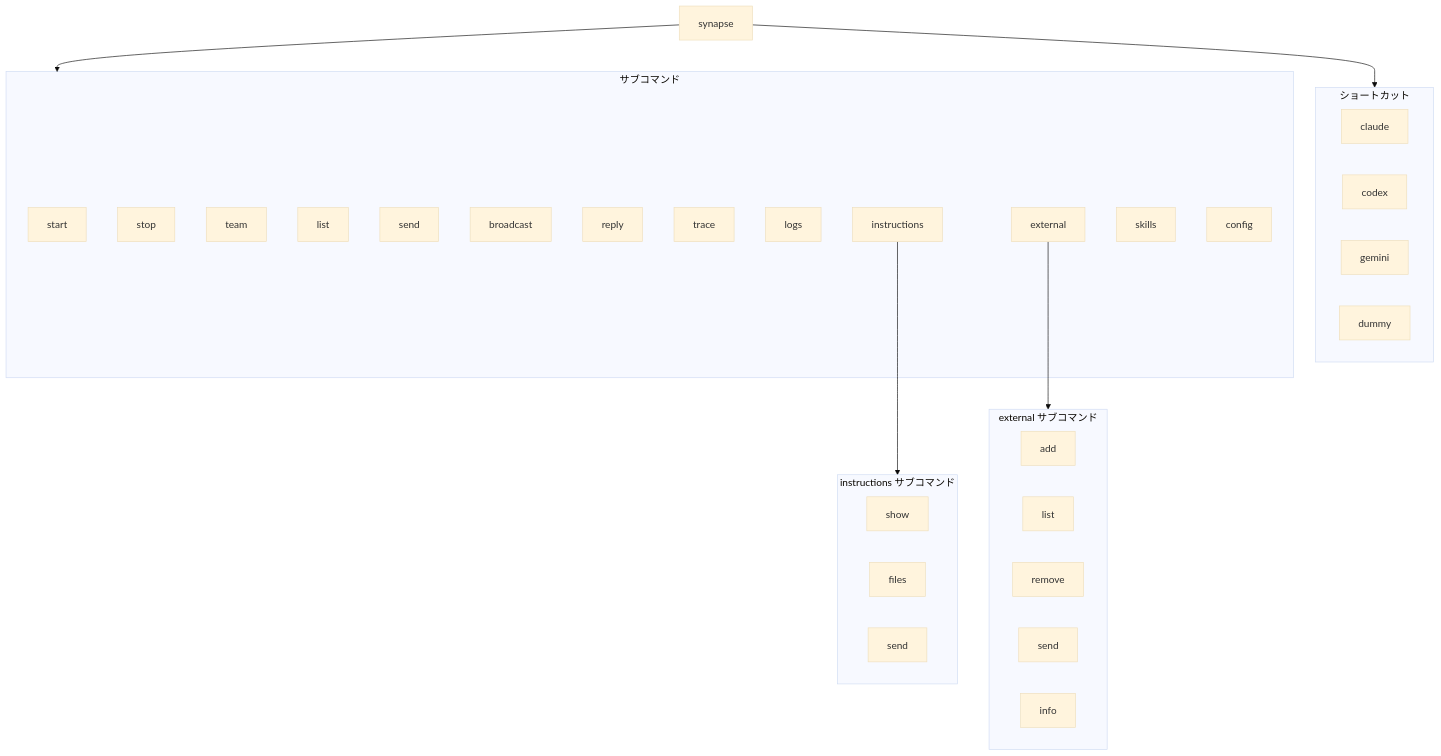
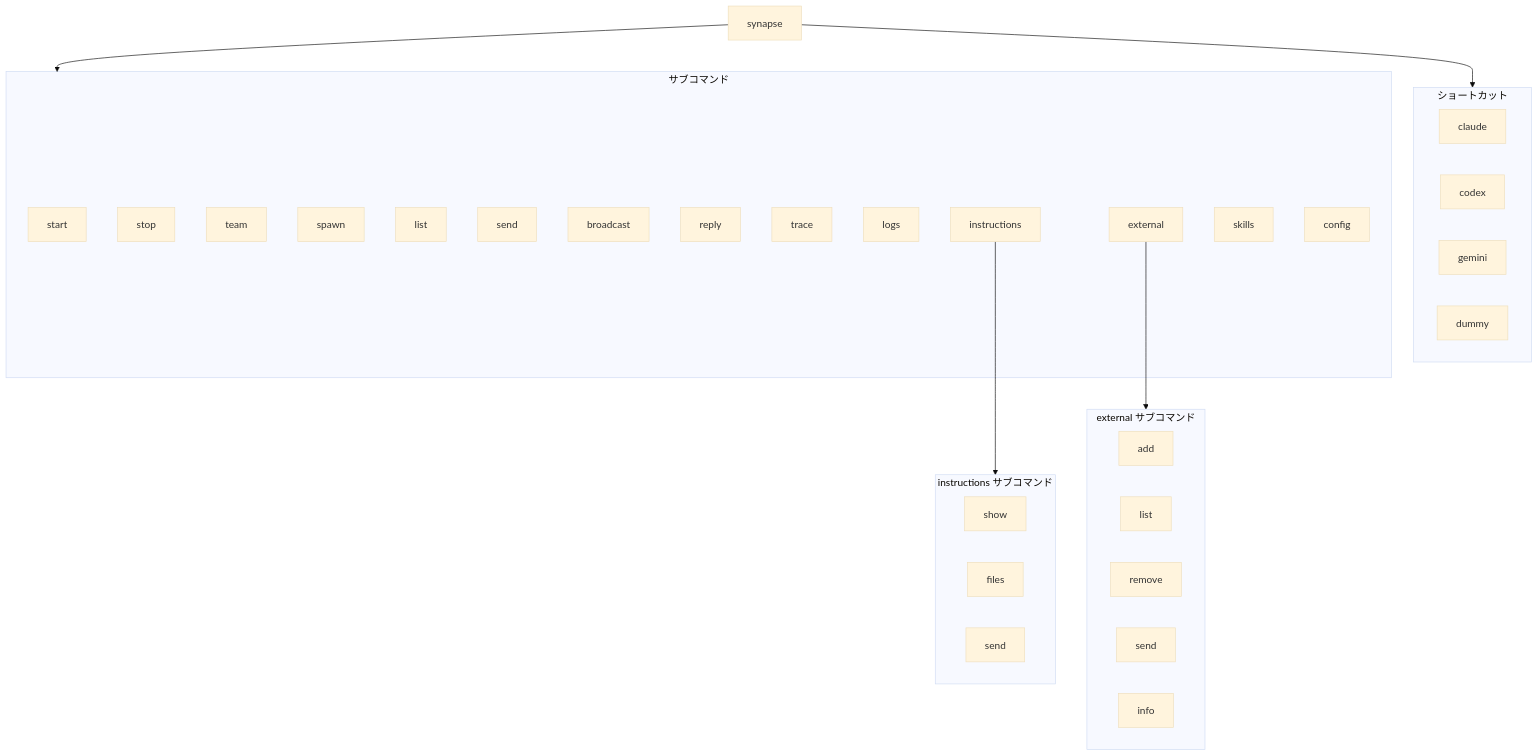
One commit to s-hiraoku/synapse-a2a changed the first of 3 diagrams in guides/references.md. Above: the diagram before and after it, drawn with Mermaid (base theme). The commit also changed other lines of this file and 32 other files, not shown here.

````diff
--- a/guides/references.md
+++ b/guides/references.md
@@ -11,46 +11,47 @@
 ```mermaid
 flowchart TB
     synapse["synapse"]
 
     subgraph Shortcuts["ショートカット"]
         claude["claude"]
         codex["codex"]
         gemini["gemini"]
         dummy["dummy"]
     end
 
     subgraph Commands["サブコマンド"]
         start["start"]
         stop["stop"]
         team["team"]
+        spawn["spawn"]
         list["list"]
         send["send"]
         broadcast["broadcast"]
         reply["reply"]
         trace["trace"]
         logs["logs"]
         instructions["instructions"]
         external["external"]
         skills["skills"]
         config["config"]
     end
 
     subgraph Instructions["instructions サブコマンド"]
         inst_show["show"]
         inst_files["files"]
         inst_send["send"]
     end
 
     subgraph External["external サブコマンド"]
         ext_add["add"]
         ext_list["list"]
         ext_remove["remove"]
         ext_send["send"]
         ext_info["info"]
     end
 
     synapse --> Shortcuts
     synapse --> Commands
     instructions --> Instructions
     external --> External
 ```
````
